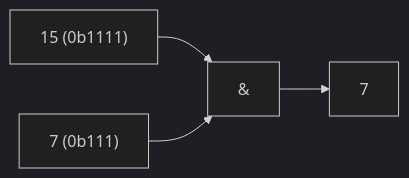
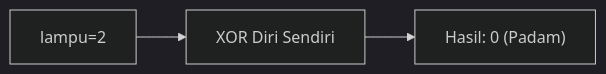
One commit to amnahwaida/OSNK_INF_PREP changed the first of 25 diagrams in part-c-pemahaman-cpp/06-bitwise/latihan/set-07.md. Above: the diagram before and after it, drawn with Mermaid (dark theme). The commit also changed other lines of this file and 71 other files, not shown here.

````diff
--- a/part-c-pemahaman-cpp/06-bitwise/latihan/set-07.md
+++ b/part-c-pemahaman-cpp/06-bitwise/latihan/set-07.md
@@ -20,6 +21,5 @@
 ```mermaid
 graph LR
-A["15 (0b1111)"] --> C["&"]
-B["7 (0b111)"] --> C
-C --> D["7"]
+A["lampu=2"] --> B["XOR Diri Sendiri"]
+B --> C["Hasil: 0 (Padam)"]
 ```
````
